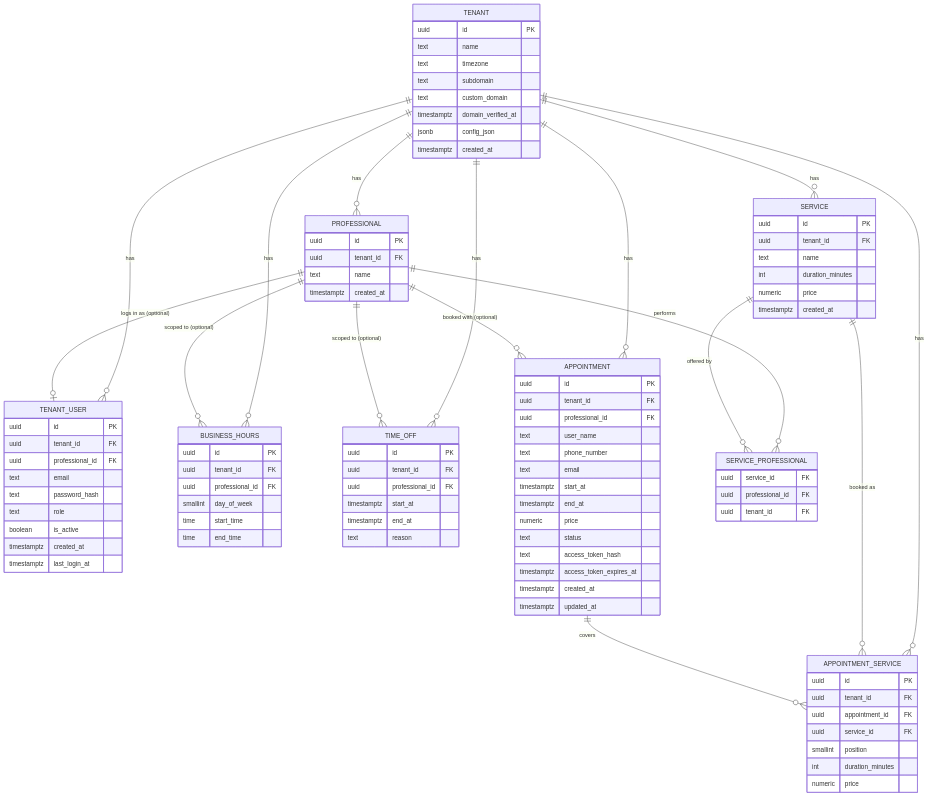
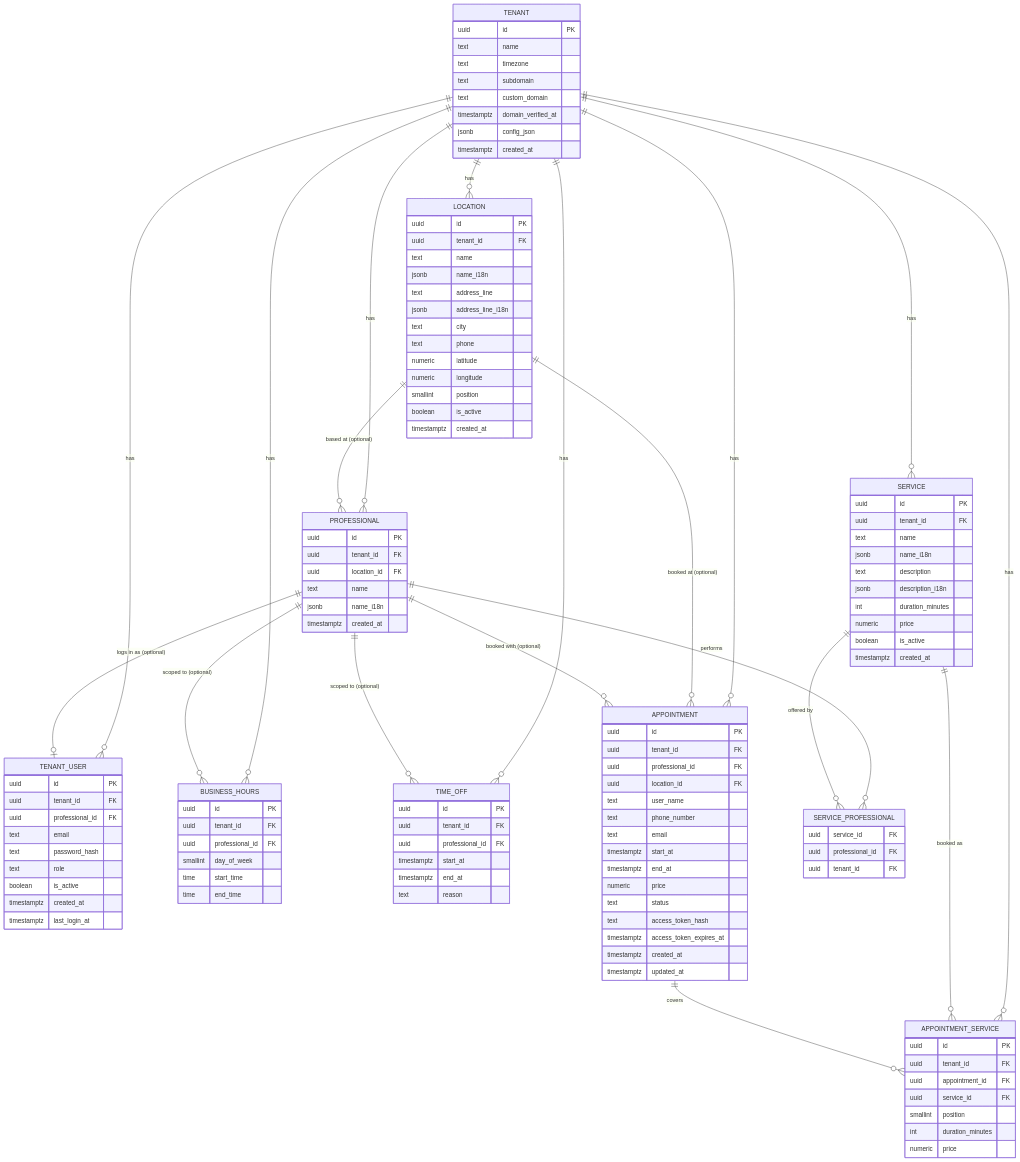
The diagram in Unified Requirements and Data Model.md (Busa312/multi-tenant-booking-app), drawn with Mermaid before and after one commit. The commit also changed other lines of this file and 135 other files, not shown here.

````diff
--- a/Unified Requirements and Data Model.md
+++ b/Unified Requirements and Data Model.md
@@ -188,5 +282,6 @@
 ```mermaid
 erDiagram
+    TENANT ||--o{ LOCATION : has
     TENANT ||--o{ PROFESSIONAL : has
     TENANT ||--o{ TENANT_USER : has
     TENANT ||--o{ SERVICE : has
@@ -194,6 +289,9 @@
     TENANT ||--o{ TIME_OFF : has
     TENANT ||--o{ APPOINTMENT : has
     TENANT ||--o{ APPOINTMENT_SERVICE : has
+
+    LOCATION ||--o{ PROFESSIONAL : "based at (optional)"
+    LOCATION ||--o{ APPOINTMENT : "booked at (optional)"
 
     PROFESSIONAL ||--o| TENANT_USER : "logs in as (optional)"
     PROFESSIONAL ||--o{ SERVICE_PROFESSIONAL : performs
@@ -216,10 +314,28 @@
         timestamptz created_at
     }
 
+    LOCATION {
+        uuid id PK
+        uuid tenant_id FK
+        text name
+        jsonb name_i18n
+        text address_line
+        jsonb address_line_i18n
+        text city
+        text phone
+        numeric latitude
+        numeric longitude
+        smallint position
+        boolean is_active
+        timestamptz created_at
+    }
+
     PROFESSIONAL {
         uuid id PK
         uuid tenant_id FK
+        uuid location_id FK
         text name
+        jsonb name_i18n
         timestamptz created_at
     }
 
@@ -239,8 +355,12 @@
         uuid id PK
         uuid tenant_id FK
         text name
+        jsonb name_i18n
+        text description
+        jsonb description_i18n
         int duration_minutes
         numeric price
+        boolean is_active
         timestamptz created_at
     }
 
@@ -272,6 +392,7 @@
         uuid id PK
         uuid tenant_id FK
         uuid professional_id FK
+        uuid location_id FK
         text user_name
         text phone_number
         text email
````
